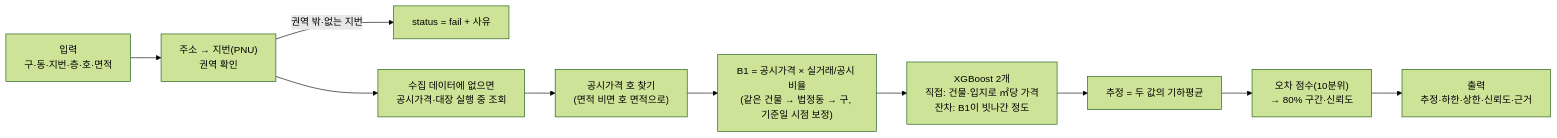
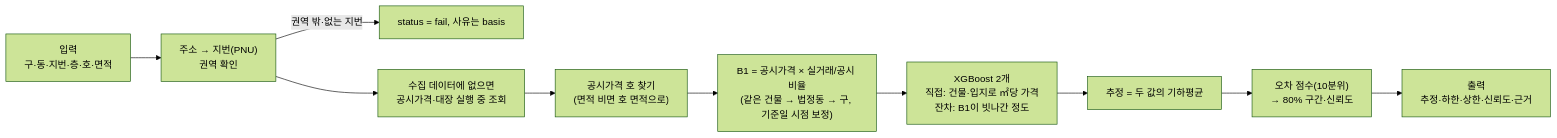
One commit to KimInSeok-DA/DA_Seoul_Villa_AVM changed the diagram in docs/PPT_재료.md. Above: the diagram before and after it, drawn with Mermaid (forest theme). The commit also changed other lines of this file and 13 other files, not shown here.

````diff
--- a/docs/PPT_재료.md
+++ b/docs/PPT_재료.md
@@ -58,12 +58,12 @@
 ```mermaid
 flowchart LR
     I["입력<br/>구·동·지번·층·호·면적"] --> P["주소 → 지번(PNU)<br/>권역 확인"]
-    P -->|권역 밖·없는 지번| X["status = fail + 사유"]
+    P -->|권역 밖·없는 지번| X["status = fail, 사유는 basis"]
     P --> L["수집 데이터에 없으면<br/>공시가격·대장 실행 중 조회"]
     L --> Q["공시가격 호 찾기<br/>(면적 비면 호 면적으로)"]
     Q --> B1["B1 = 공시가격 × 실거래/공시 비율<br/>(같은 건물 → 법정동 → 구, 기준일 시점 보정)"]
     B1 --> M["XGBoost 2개<br/>직접: 건물·입지로 ㎡당 가격<br/>잔차: B1이 빗나간 정도"]
     M --> E["추정 = 두 값의 기하평균"]
     E --> C["오차 점수(10분위)<br/>→ 80% 구간·신뢰도"]
     C --> O["출력<br/>추정·하한·상한·신뢰도·근거"]
 ```
````
